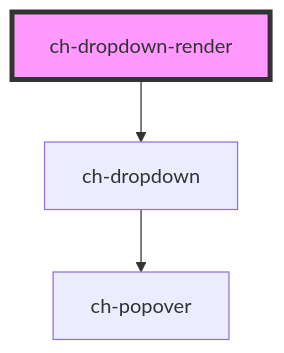
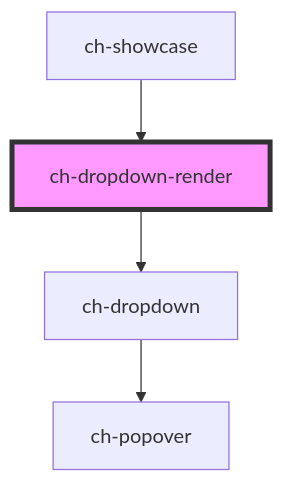
One commit to genexuslabs/chameleon-controls-library changed the diagram in src/components/dropdown/readme.md. Above: the diagram before and after it, drawn with Mermaid. The commit also changed other lines of this file and 9 other files, not shown here.

````diff
--- a/src/components/dropdown/readme.md
+++ b/src/components/dropdown/readme.md
@@ -29,6 +33,7 @@
 ```mermaid
 graph TD;
   ch-dropdown-render --> ch-dropdown
   ch-dropdown --> ch-popover
+  ch-showcase --> ch-dropdown-render
   style ch-dropdown-render fill:#f9f,stroke:#333,stroke-width:4px
 ```
````
